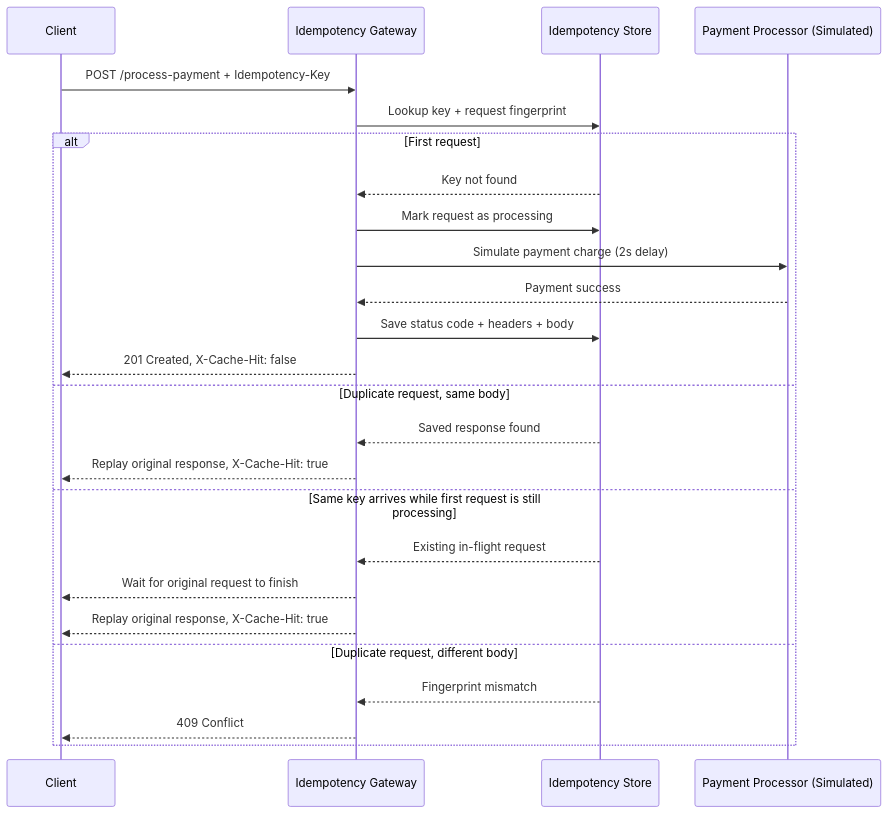
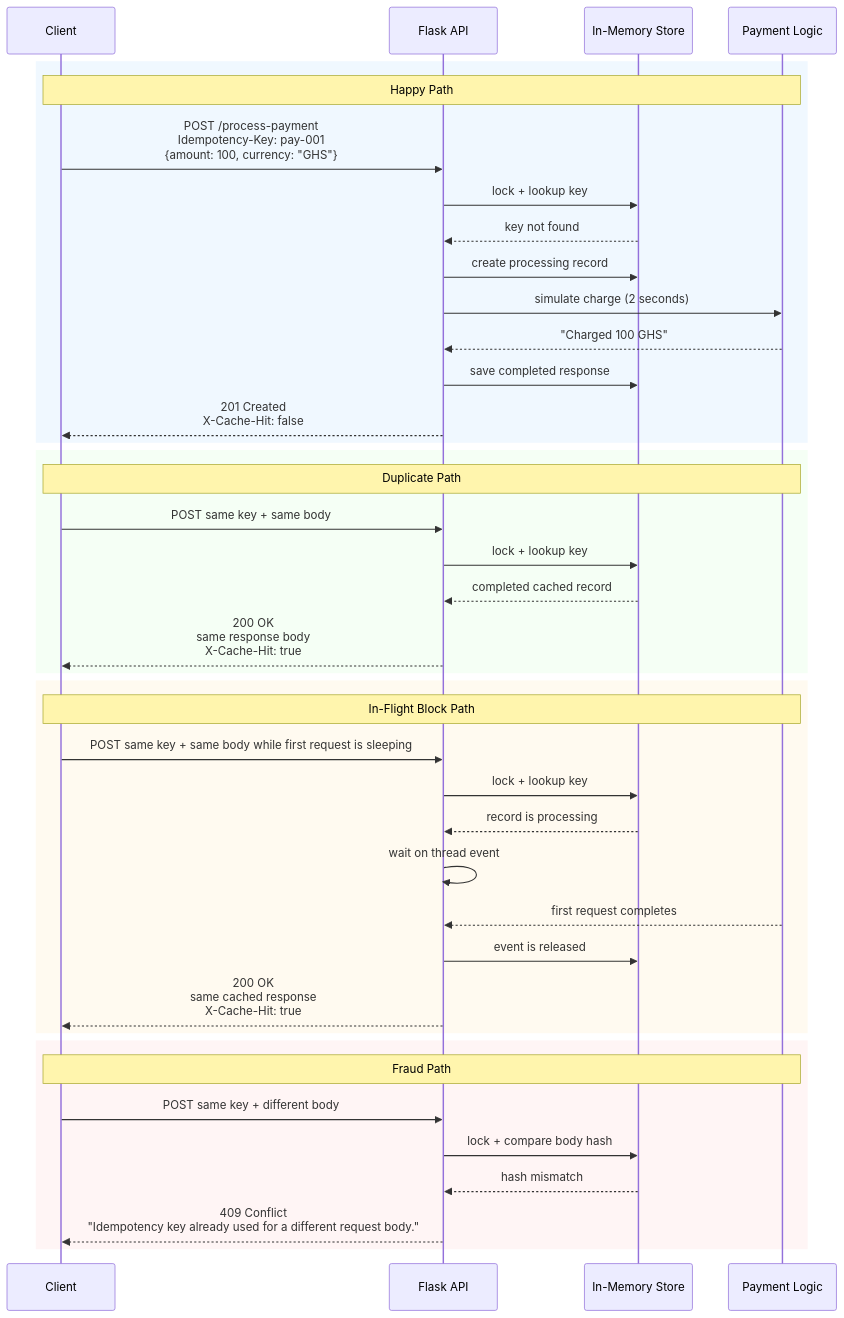
One commit to am2aidi/amalitech-idempotency-gateway changed the diagram in README.md. Above: the diagram before and after it, drawn with Mermaid. The commit also changed other lines of this file and 10 other files, not shown here.

Commit message:
refactor: migrate idempotency gateway to Flask

````diff
--- a/README.md
+++ b/README.md
@@ -9,29 +9,46 @@
 ```mermaid
 sequenceDiagram
     participant Client
-    participant Gateway as Idempotency Gateway
-    participant Store as Idempotency Store
-    participant Processor as Payment Processor (Simulated)
+    participant API as Flask API
+    participant Store as In-Memory Store
+    participant Processor as Payment Logic
 
-    Client->>Gateway: POST /process-payment + Idempotency-Key
-    Gateway->>Store: Lookup key + request fingerprint
+    rect rgb(240, 248, 255)
+        Note over Client,Processor: Happy Path
+        Client->>API: POST /process-payment<br/>Idempotency-Key: pay-001<br/>{amount: 100, currency: "GHS"}
+        API->>Store: lock + lookup key
+        Store-->>API: key not found
+        API->>Store: create processing record
+        API->>Processor: simulate charge (2 seconds)
+        Processor-->>API: "Charged 100 GHS"
+        API->>Store: save completed response
+        API-->>Client: 201 Created<br/>X-Cache-Hit: false
+    end
 
-    alt First request
-        Store-->>Gateway: Key not found
-        Gateway->>Store: Mark request as processing
-        Gateway->>Processor: Simulate payment charge (2s delay)
-        Processor-->>Gateway: Payment success
-        Gateway->>Store: Save status code + headers + body
-        Gateway-->>Client: 201 Created, X-Cache-Hit: false
-    else Duplicate request, same body
-        Store-->>Gateway: Saved response found
-        Gateway-->>Client: Replay original response, X-Cache-Hit: true
-    else Same key arrives while first request is still processing
-        Store-->>Gateway: Existing in-flight request
-        Gateway-->>Client: Wait for original request to finish
-        Gateway-->>Client: Replay original response, X-Cache-Hit: true
-    else Duplicate request, different body
-        Store-->>Gateway: Fingerprint mismatch
-        Gateway-->>Client: 409 Conflict
+    rect rgb(245, 255, 245)
+        Note over Client,Processor: Duplicate Path
+        Client->>API: POST same key + same body
+        API->>Store: lock + lookup key
+        Store-->>API: completed cached record
+        API-->>Client: 200 OK<br/>same response body<br/>X-Cache-Hit: true
+    end
+
+    rect rgb(255, 250, 240)
+        Note over Client,Processor: In-Flight Block Path
+        Client->>API: POST same key + same body while first request is sleeping
+        API->>Store: lock + lookup key
+        Store-->>API: record is processing
+        API->>API: wait on thread event
+        Processor-->>API: first request completes
+        API->>Store: event is released
+        API-->>Client: 200 OK<br/>same cached response<br/>X-Cache-Hit: true
+    end
+
+    rect rgb(255, 245, 245)
+        Note over Client,Processor: Fraud Path
+        Client->>API: POST same key + different body
+        API->>Store: lock + compare body hash
+        Store-->>API: hash mismatch
+        API-->>Client: 409 Conflict<br/>"Idempotency key already used for a different request body."
     end
 ```
````
